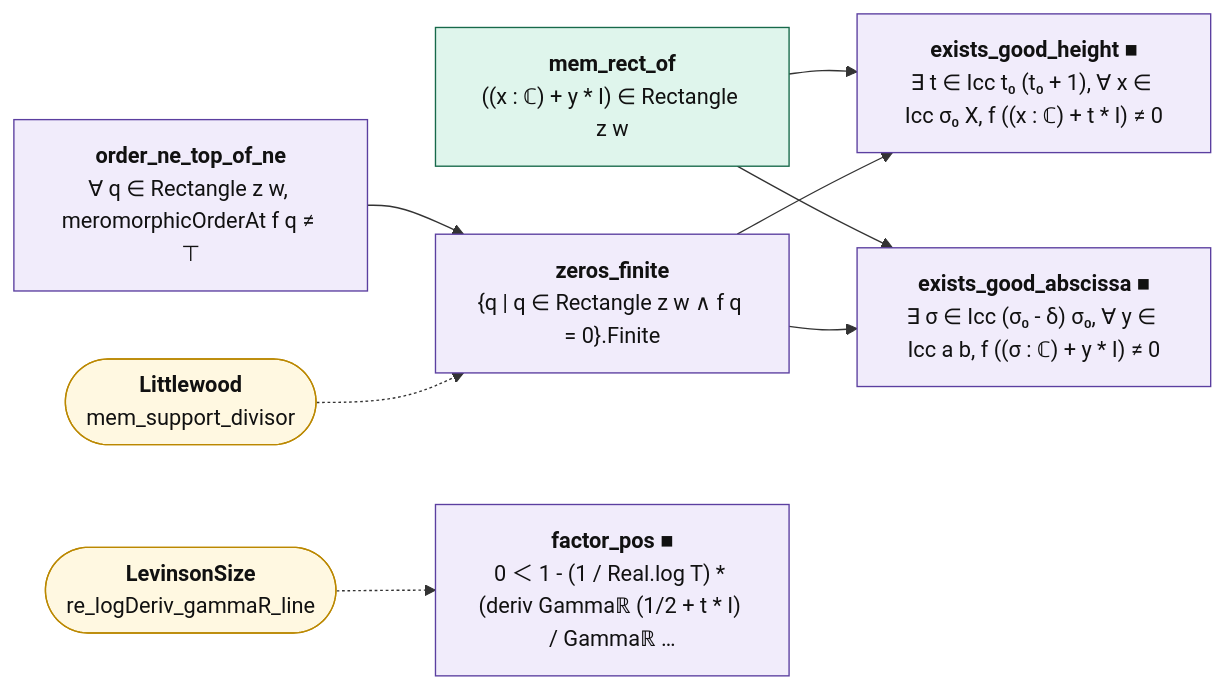
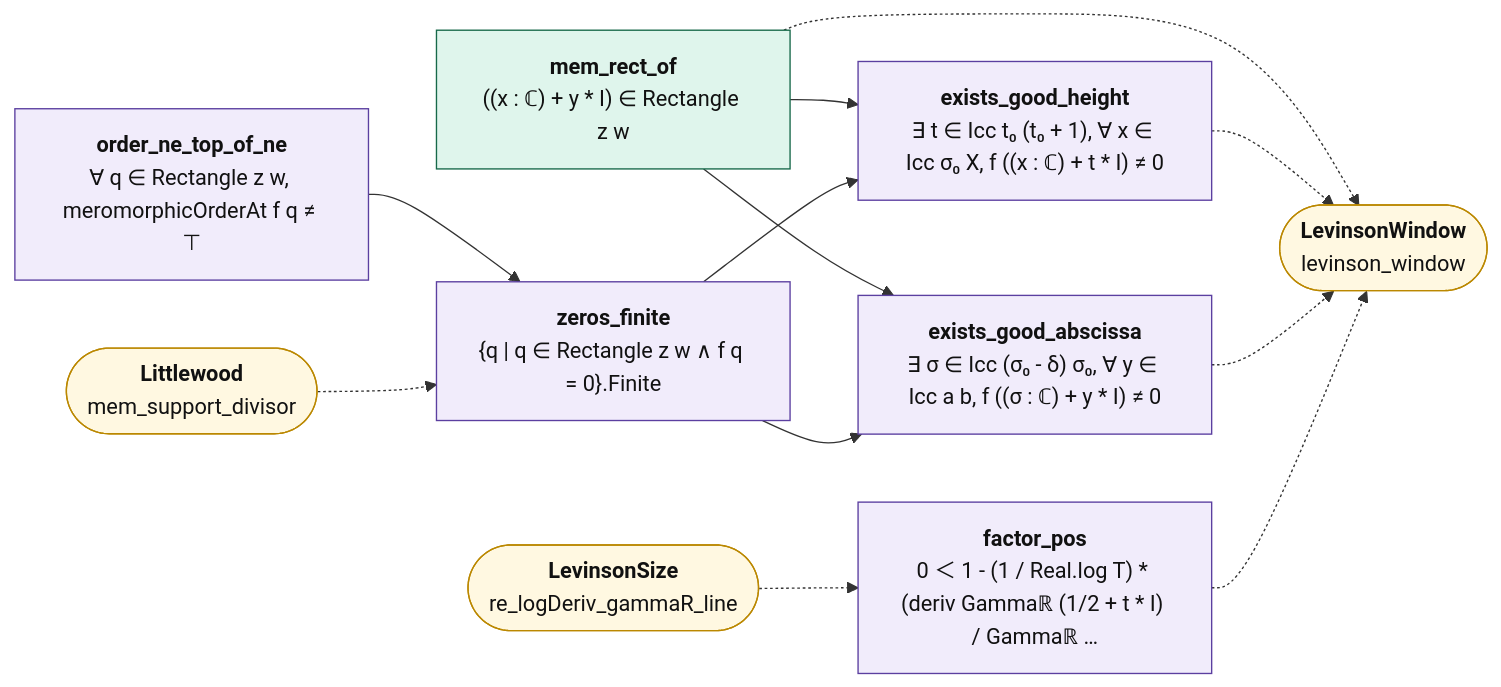
One commit to juliansambranojr/Primebeat_081426 changed the diagram in map/lean_stage3/LevinsonAvoid.md. Above: the diagram before and after it, drawn with Mermaid. The commit also changed other lines of this file and 37 other files, not shown here.

````diff
--- a/map/lean_stage3/LevinsonAvoid.md
+++ b/map/lean_stage3/LevinsonAvoid.md
@@ -14,26 +14,31 @@
 ```mermaid
 flowchart LR
   n0["<b>mem_rect_of</b><br/>((x : ℂ) + y * I) ∈ Rectangle z w"]:::cnt
   n1["<b>order_ne_top_of_ne</b><br/>∀ q ∈ Rectangle z w, meromorphicOrderAt f q ≠ ⊤"]:::shp
   n2["<b>zeros_finite</b><br/>{q | q ∈ Rectangle z w ∧ f q = 0}.Finite"]:::shp
-  n3["<b>exists_good_height ■</b><br/>∃ t ∈ Icc t₀ (t₀ + 1), ∀ x ∈ Icc σ₀ X, f ((x : ℂ) + t * I) ≠ 0"]:::shp
-  n4["<b>exists_good_abscissa ■</b><br/>∃ σ ∈ Icc (σ₀ - δ) σ₀, ∀ y ∈ Icc a b, f ((σ : ℂ) + y * I) ≠ 0"]:::shp
-  n5["<b>factor_pos ■</b><br/>0 ＜ 1 - (1 / Real.log T) * (deriv Gammaℝ (1/2 + t * I) / Gammaℝ …"]:::shp
-  x0(["<b>Littlewood</b><br/>mem_support_divisor"]):::ext
-  x1(["<b>LevinsonSize</b><br/>re_logDeriv_gammaR_line"]):::ext
+  n3["<b>exists_good_height</b><br/>∃ t ∈ Icc t₀ (t₀ + 1), ∀ x ∈ Icc σ₀ X, f ((x : ℂ) + t * I) ≠ 0"]:::shp
+  n4["<b>exists_good_abscissa</b><br/>∃ σ ∈ Icc (σ₀ - δ) σ₀, ∀ y ∈ Icc a b, f ((σ : ℂ) + y * I) ≠ 0"]:::shp
+  n5["<b>factor_pos</b><br/>0 ＜ 1 - (1 / Real.log T) * (deriv Gammaℝ (1/2 + t * I) / Gammaℝ …"]:::shp
+  x0(["<b>LevinsonWindow</b><br/>levinson_window"]):::ext
+  x1(["<b>Littlewood</b><br/>mem_support_divisor"]):::ext
+  x2(["<b>LevinsonSize</b><br/>re_logDeriv_gammaR_line"]):::ext
   n0 --> n3
   n0 --> n4
   n1 --> n2
   n2 --> n3
   n2 --> n4
-  x0 -.-> n2
-  x1 -.-> n5
+  n0 -.-> x0
+  n3 -.-> x0
+  n4 -.-> x0
+  n5 -.-> x0
+  x1 -.-> n2
+  x2 -.-> n5
   classDef cnt fill:#dff5ec,stroke:#17694a,color:#111
   classDef shp fill:#f1ecfb,stroke:#5b3fa0,color:#111
   classDef rh fill:#ffe5e5,stroke:#c22,color:#111,stroke-width:2px
   classDef thm fill:#eef4ff,stroke:#335,color:#111
   classDef end_ fill:#e7f7e7,stroke:#2a7,color:#111,stroke-width:2px
   classDef lone fill:#fff,stroke:#999,color:#111,stroke-dasharray:4 3
   classDef bad fill:#ffe5e5,stroke:#c22,color:#111,stroke-width:2px
   classDef ext fill:#fff8e1,stroke:#b80,color:#111
 ```
````
